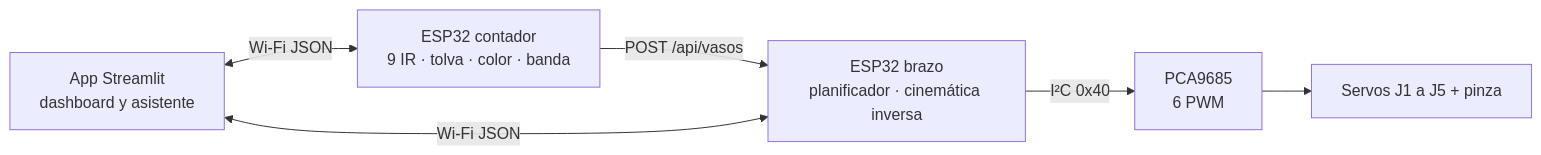
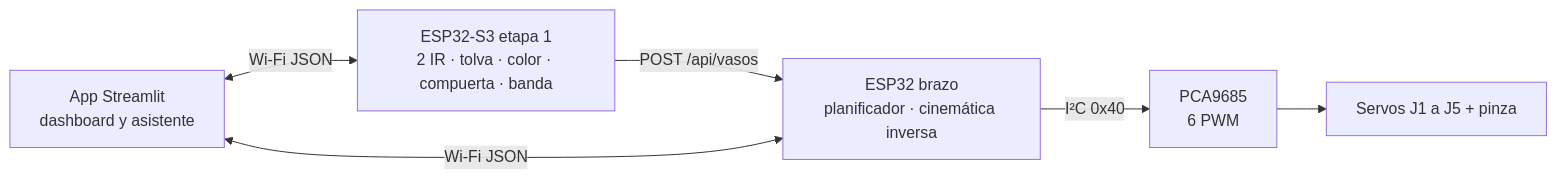
One commit to Johan-C777/coin-sorting-robot-pybullet changed the second of 2 diagrams in README.md. Above: the diagram before and after it, drawn with Mermaid. The commit also changed other lines of this file and 98 other files, not shown here.

First line of the commit message:
Etapa 1 v5 ordenada: piezas, camas, despiece y electrónica ESP32-S3 (0.7.0)

````diff
--- a/README.md
+++ b/README.md
@@ -196,12 +197,12 @@
 ```mermaid
 flowchart LR
-    C["ESP32 contador<br/>9 IR · tolva · color · banda"]
+    C["ESP32-S3 etapa 1<br/>2 IR · tolva · color · compuerta · banda"]
     B["ESP32 brazo<br/>planificador · cinemática inversa"]
     PCA["PCA9685<br/>6 PWM"]
     SRV["Servos J1 a J5 + pinza"]
     APP["App Streamlit<br/>dashboard y asistente"]
     C -->|"POST /api/vasos"| B
     APP <-->|"Wi-Fi JSON"| C
     APP <-->|"Wi-Fi JSON"| B
     B -->|"I²C 0x40"| PCA --> SRV
 ```
````
